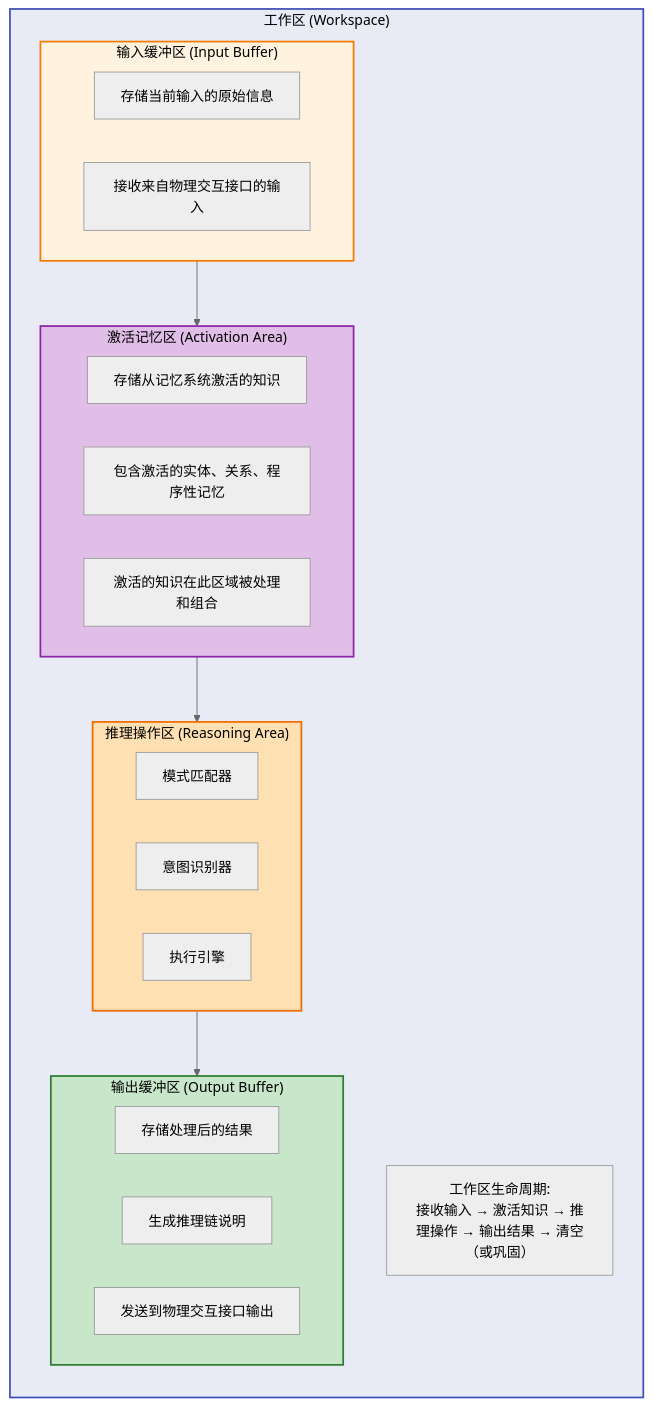
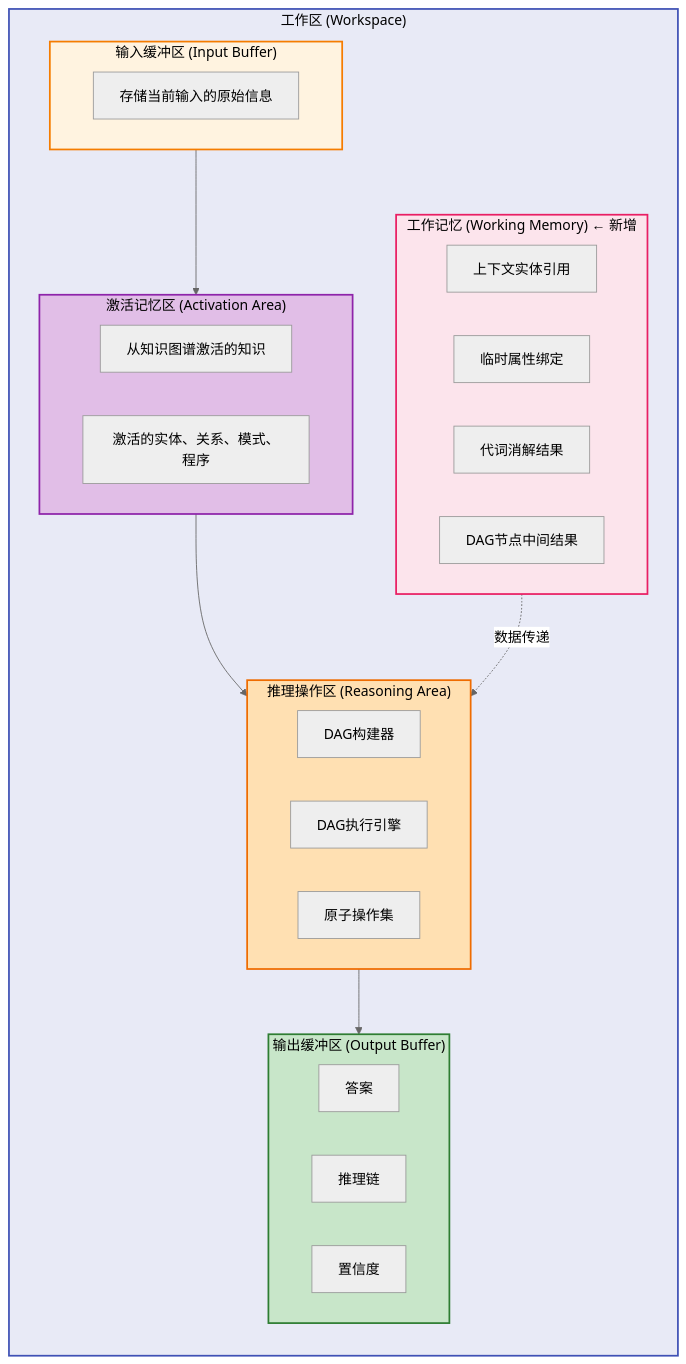
One commit to weidong-qinfeng/small_world changed the second of 6 diagrams in doc/数字大脑/架构设计.md. Above: the diagram before and after it, drawn with Mermaid (neutral theme). The commit also changed other lines of this file and 8 other files, not shown here.

````diff
--- a/doc/数字大脑/架构设计.md
+++ b/doc/数字大脑/架构设计.md
@@ -92,49 +86,54 @@
 ```mermaid
 flowchart TD
     subgraph WS["工作区 (Workspace)"]
         direction TB
         
         subgraph IB["输入缓冲区 (Input Buffer)"]
             I1["存储当前输入的原始信息"]
-            I2["接收来自物理交互接口的输入"]
         end
         
         subgraph AA["激活记忆区 (Activation Area)"]
-            A1["存储从记忆系统激活的知识"]
-            A2["包含激活的实体、关系、程序性记忆"]
-            A3["激活的知识在此区域被处理和组合"]
+            A1["从知识图谱激活的知识"]
+            A2["激活的实体、关系、模式、程序"]
+        end
+        
+        subgraph WM["工作记忆 (Working Memory) ← 新增"]
+            W1["上下文实体引用"]
+            W2["临时属性绑定"]
+            W3["代词消解结果"]
+            W4["DAG节点中间结果"]
         end
         
         subgraph RA["推理操作区 (Reasoning Area)"]
             direction LR
-            R1["模式匹配器"]
-            R2["意图识别器"]
-            R3["执行引擎"]
+            R1["DAG构建器"]
+            R2["DAG执行引擎"]
+            R3["原子操作集"]
         end
         
         subgraph OB["输出缓冲区 (Output Buffer)"]
-            O1["存储处理后的结果"]
-            O2["生成推理链说明"]
-            O3["发送到物理交互接口输出"]
+            O1["答案"]
+            O2["推理链"]
+            O3["置信度"]
         end
         
         IB --> AA
         AA --> RA
         RA --> OB
-        
-        LC["工作区生命周期:<br/>接收输入 → 激活知识 → 推理操作 → 输出结果 → 清空（或巩固）"]
+        WM -.->|数据传递| RA
     end
     
     classDef workspace fill:#e8eaf6,stroke:#3f51b5,stroke-width:2px,color:#000
     classDef buffer fill:#fff3e0,stroke:#f57c00,stroke-width:2px,color:#000
     classDef activate fill:#e1bee7,stroke:#8e24aa,stroke-width:2px,color:#000
+    classDef workmem fill:#fce4ec,stroke:#e91e63,stroke-width:2px,color:#000
     classDef reason fill:#ffe0b2,stroke:#ef6c00,stroke-width:2px,color:#000
     classDef output fill:#c8e6c9,stroke:#2e7d32,stroke-width:2px,color:#000
-    classDef lifecycle fill:#f5f5f5,stroke:#616161,stroke-width:1px,color:#000
     
     class WS workspace
     class IB buffer
     class AA activate
+    class WM workmem
     class RA reason
     class OB output
 ```
````
